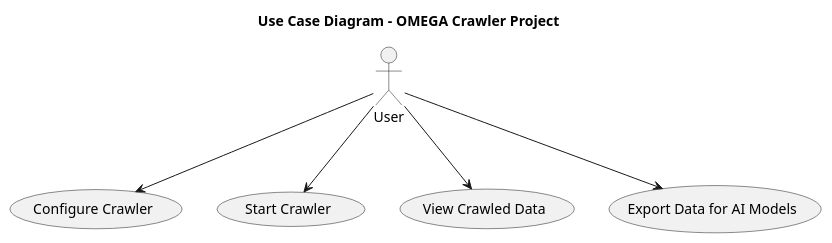
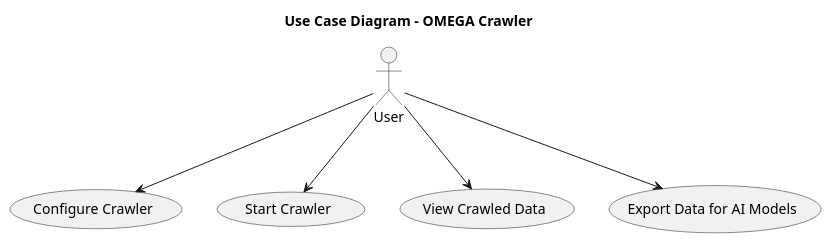
Before and after one commit to LopassMopass/OMEGA: the first of 3 diagrams in README.md, drawn with PlantUML. The commit also changed other lines of this file, not shown here.

Commit message:
Forth Commit

````diff
--- a/README.md
+++ b/README.md
@@ -19,11 +19,11 @@
 ```plantuml
 @startuml
-title Use Case Diagram - OMEGA Crawler Project
+title Use Case Diagram - OMEGA Crawler
 
 actor User
 User --> (Configure Crawler)
 User --> (Start Crawler)
 User --> (View Crawled Data)
 User --> (Export Data for AI Models)
 @enduml
 ```
````
